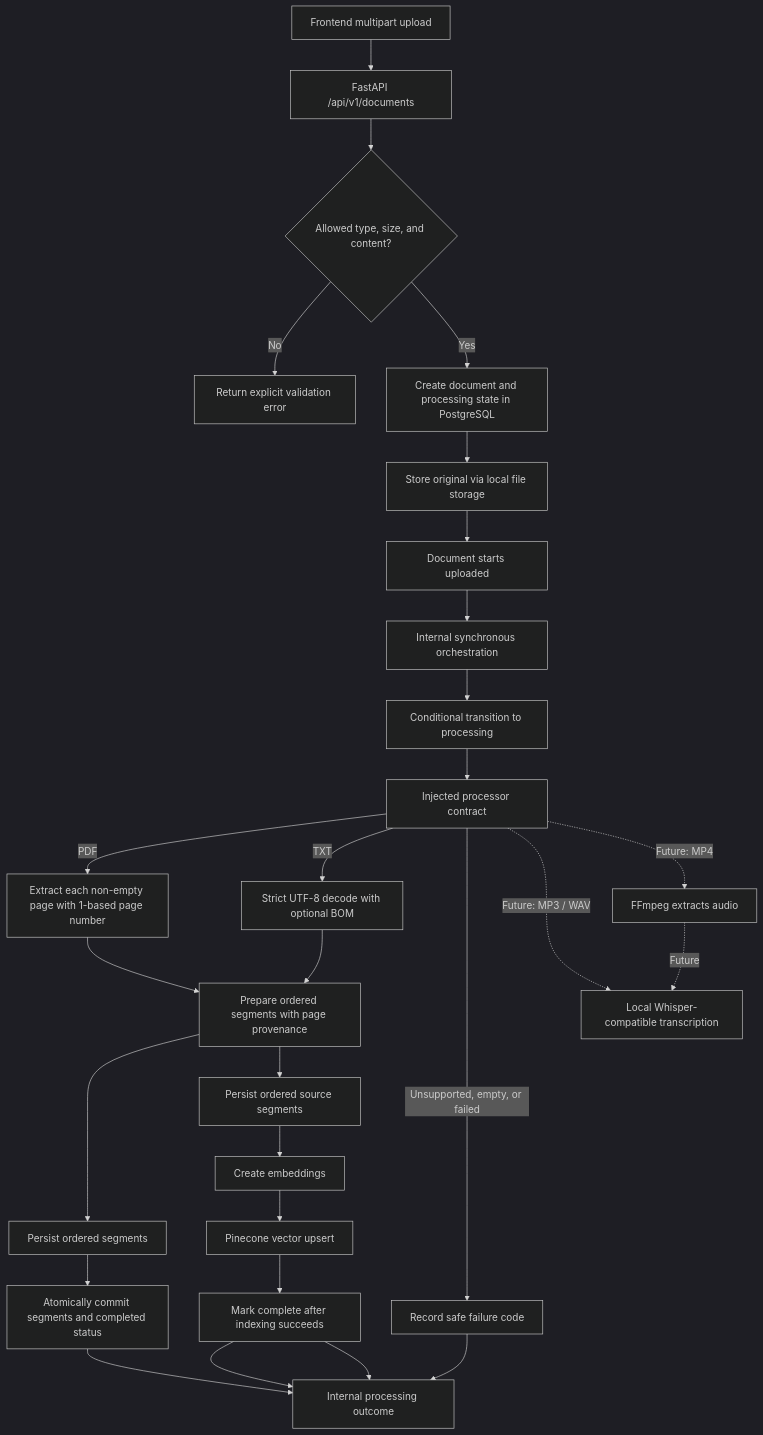
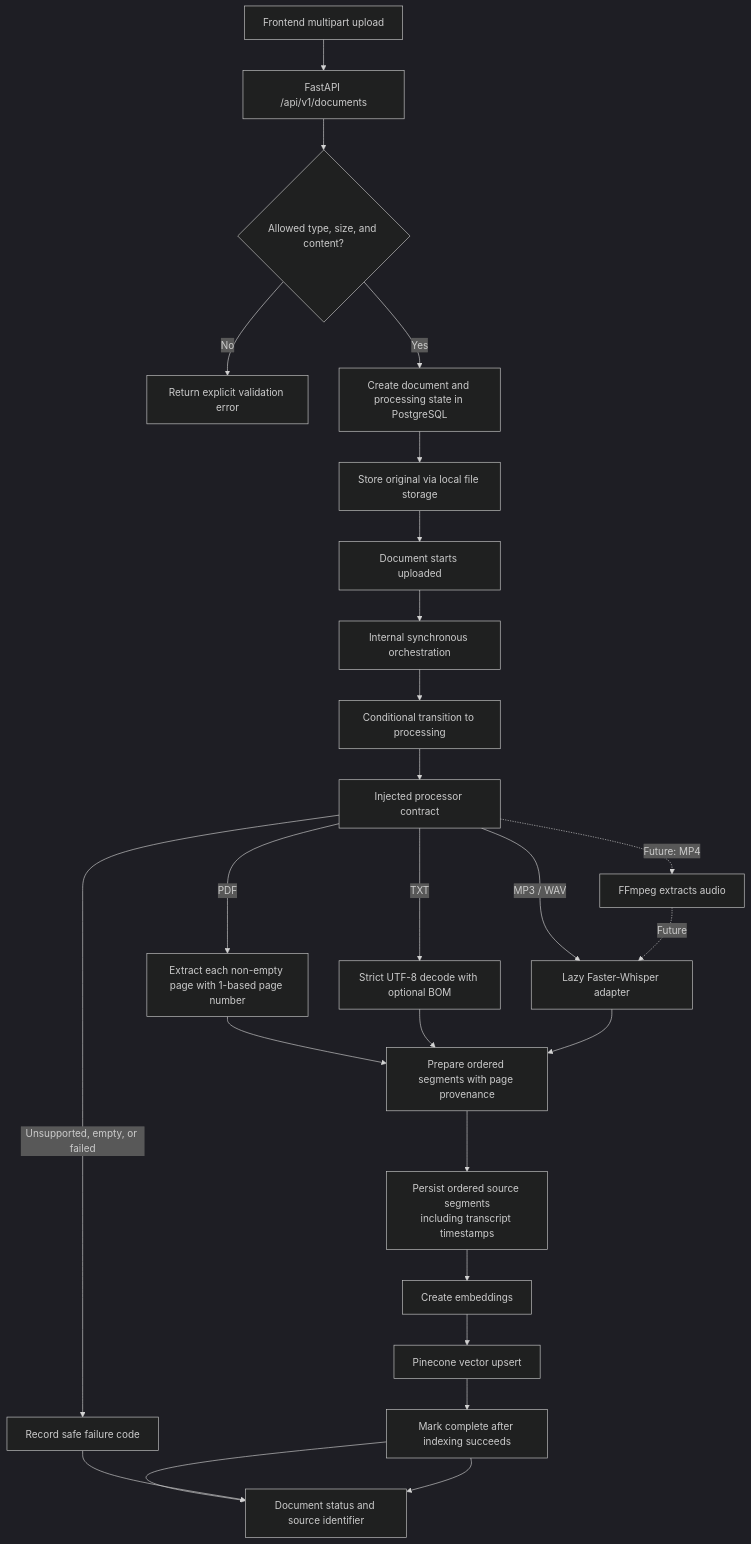
The first of 2 diagrams in docs/DATA_FLOW.md (Vicky7632/cognify-ai), drawn with Mermaid (dark theme) before and after one commit. The commit also changed other lines of this file and 5 other files, not shown here.

````diff
--- a/docs/DATA_FLOW.md
+++ b/docs/DATA_FLOW.md
@@ -7,30 +7,28 @@
 ```mermaid
 flowchart TD
     Upload[Frontend multipart upload] --> API[FastAPI /api/v1/documents]
     API --> Validate{Allowed type, size, and content?}
     Validate -->|No| Reject[Return explicit validation error]
     Validate -->|Yes| Create[Create document and processing state in PostgreSQL]
     Create --> File[Store original via local file storage]
     File --> State[Document starts uploaded]
     State --> Orchestrator[Internal synchronous orchestration]
     Orchestrator --> Claim[Conditional transition to processing]
     Claim --> Processor[Injected processor contract]
     Processor -->|PDF| PDF[Extract each non-empty page with 1-based page number]
     Processor -->|TXT| TXT[Strict UTF-8 decode with optional BOM]
     Processor -->|Unsupported, empty, or failed| InternalFailed[Record safe failure code]
     PDF --> Normalize[Prepare ordered segments with page provenance]
     TXT --> Normalize
-    Normalize --> PersistSegments[Persist ordered segments]
-    PersistSegments --> InternalComplete[Atomically commit segments and completed status]
-    Processor -. Future: MP3 / WAV .-> Audio[Local Whisper-compatible transcription]
+    Processor -->|MP3 / WAV| Audio[Lazy Faster-Whisper adapter]
+    Audio --> Normalize
     Processor -. Future: MP4 .-> ExtractAudio[FFmpeg extracts audio]
     ExtractAudio -. Future .-> Audio
-    Normalize --> Segments[Persist ordered source segments]
+    Normalize --> Segments[Persist ordered source segments<br/>including transcript timestamps]
     Segments --> Embed[Create embeddings]
     Embed --> Persist[Pinecone vector upsert]
     Persist --> CompletedWithIndex[Mark complete after indexing succeeds]
     CompletedWithIndex --> Result[Document status and source identifier]
-    InternalComplete --> Result[Internal processing outcome]
     InternalFailed --> Result
     CompletedWithIndex --> Result
 ```
````
